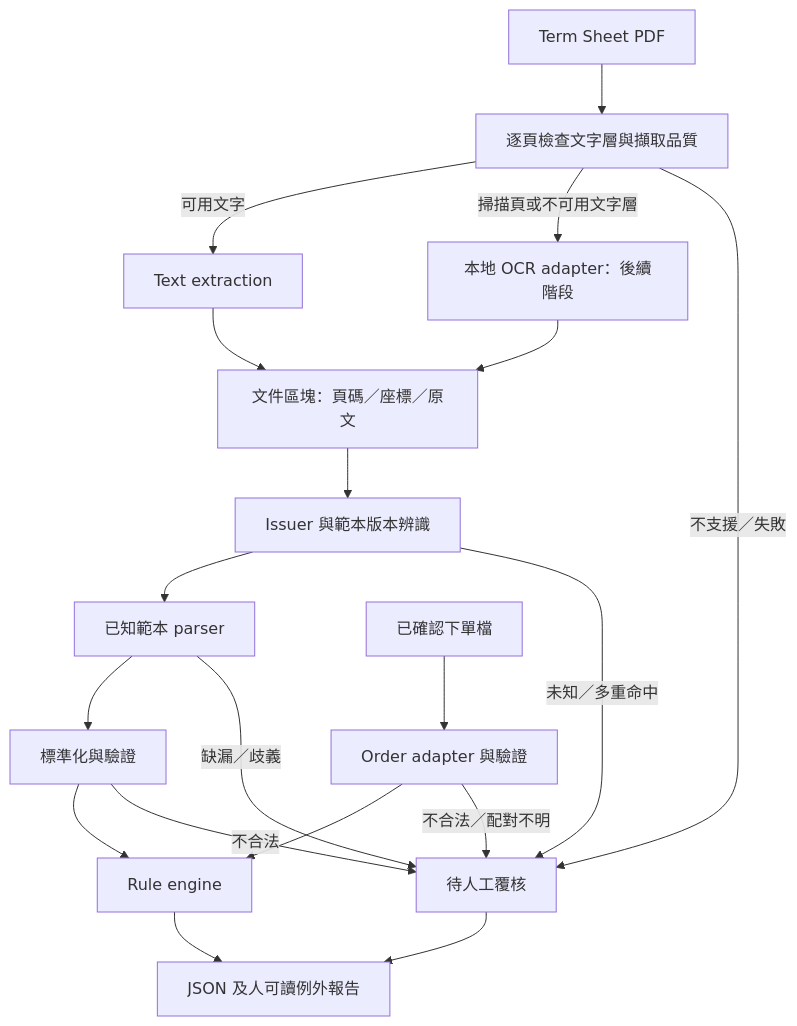
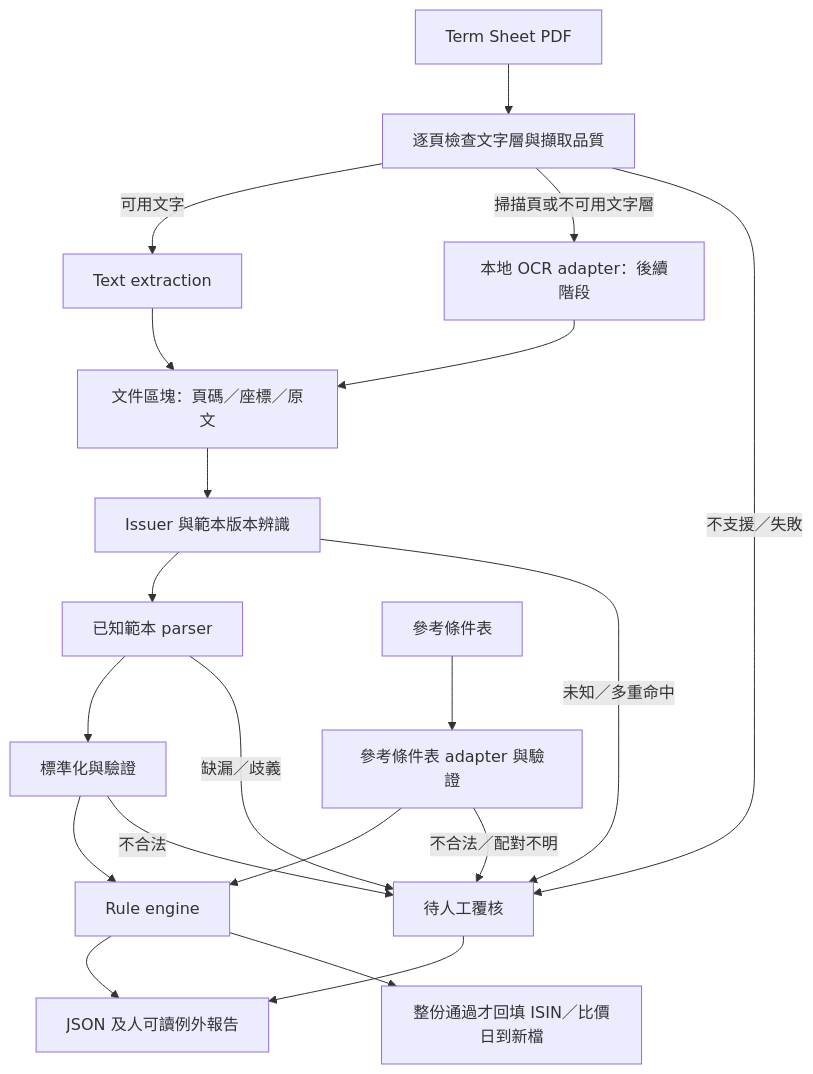
One commit to TaylorYam/fcn-term-sheet-checker changed the diagram in docs/architecture.md. Above: the diagram before and after it, drawn with Mermaid. The commit also changed other lines of this file and 33 other files, not shown here.

````diff
--- a/docs/architecture.md
+++ b/docs/architecture.md
@@ -11,21 +11,22 @@
 ```mermaid
 flowchart TD
     A[Term Sheet PDF] --> B[逐頁檢查文字層與擷取品質]
     B -->|可用文字| C[Text extraction]
     B -->|掃描頁或不可用文字層| D[本地 OCR adapter：後續階段]
     C --> E[文件區塊：頁碼／座標／原文]
     D --> E
     E --> F[Issuer 與範本版本辨識]
     F --> G[已知範本 parser]
     G --> H[標準化與驗證]
-    O[已確認下單檔] --> P[Order adapter 與驗證]
+    O[參考條件表] --> P[參考條件表 adapter 與驗證]
     H --> R[Rule engine]
     P --> R
     R --> S[JSON 及人可讀例外報告]
+    R --> W[整份通過才回填 ISIN／比價日到新檔]
     B -->|不支援／失敗| X[待人工覆核]
     F -->|未知／多重命中| X
     G -->|缺漏／歧義| X
     H -->|不合法| X
     P -->|不合法／配對不明| X
     X --> S
 ```
````
